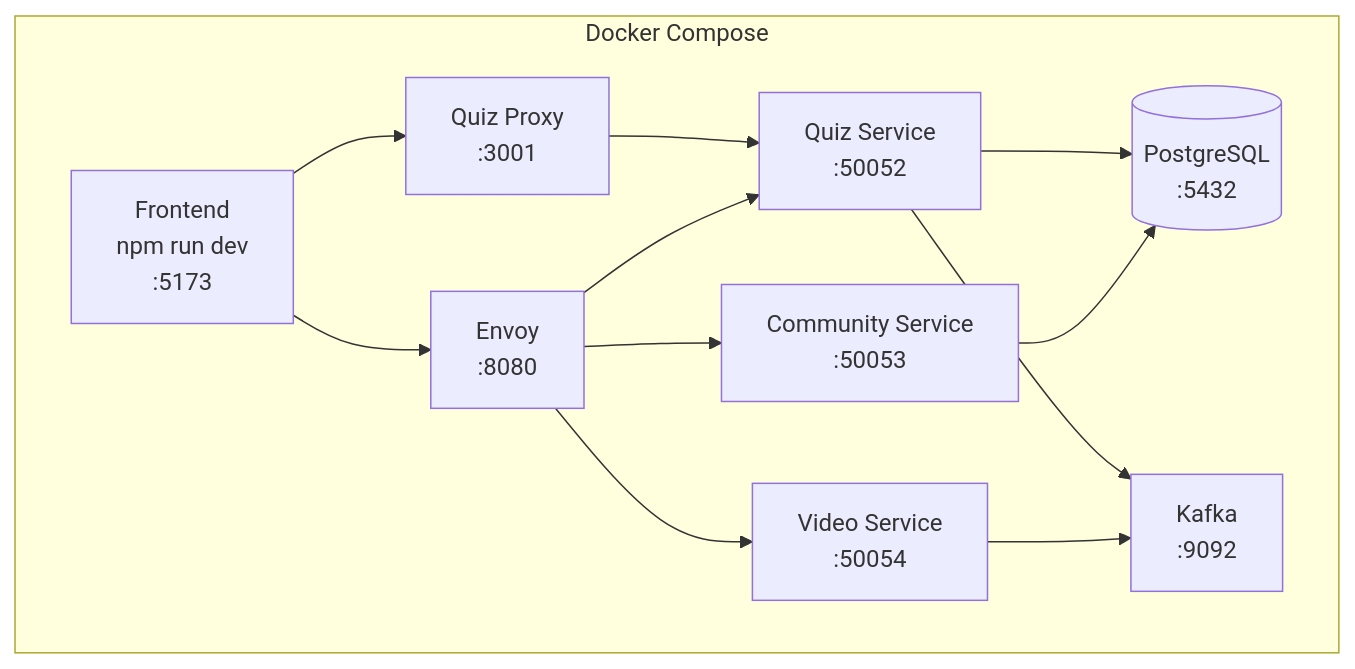
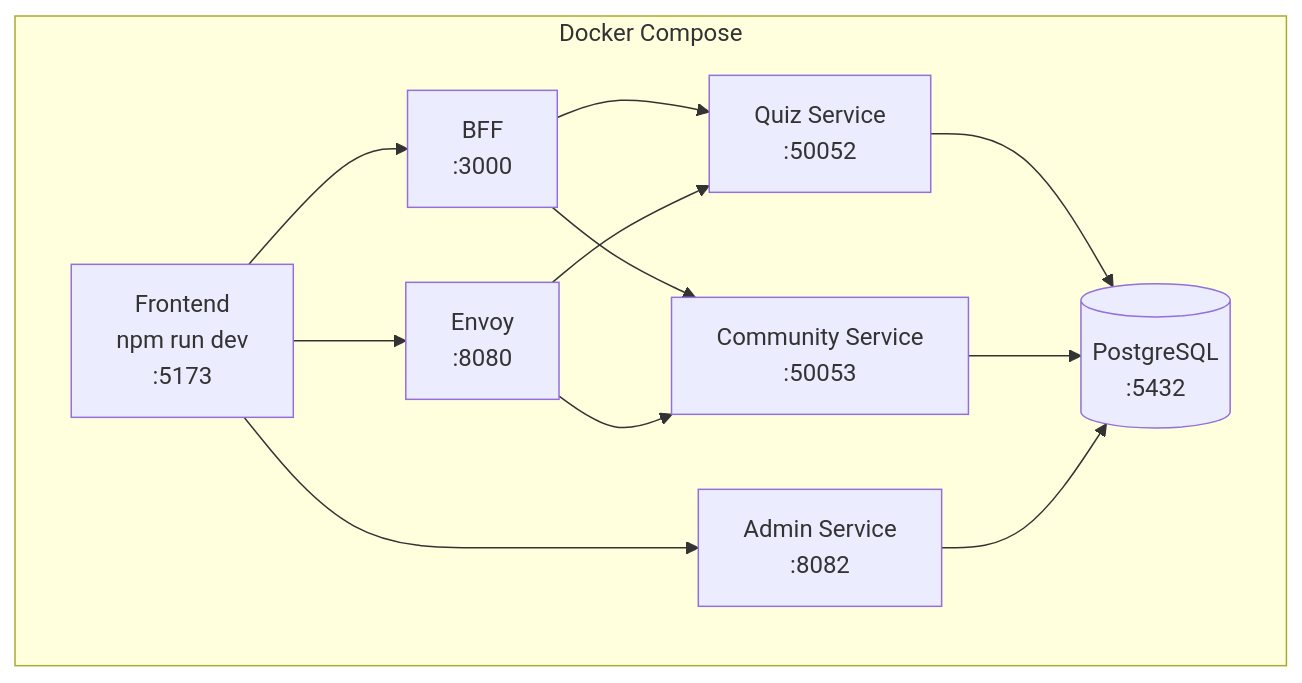
The ninth of 9 diagrams in ARCHITECTURE.md (vanillaturtlechips/pawfiler4), drawn with Mermaid before and after one commit. The commit also changed other lines of this file and 6 other files, not shown here.

````diff
--- a/ARCHITECTURE.md
+++ b/ARCHITECTURE.md
@@ -367,24 +368,23 @@
 ```mermaid
 graph TB
     subgraph "Docker Compose"
         Frontend[Frontend<br/>npm run dev<br/>:5173]
-        QuizProxy[Quiz Proxy<br/>:3001]
+        BFF[BFF<br/>:3000]
         Envoy[Envoy<br/>:8080]
         Quiz[Quiz Service<br/>:50052]
         Community[Community Service<br/>:50053]
-        Video[Video Service<br/>:50054]
+        Admin[Admin Service<br/>:8082]
         Postgres[(PostgreSQL<br/>:5432)]
-        Kafka[Kafka<br/>:9092]
     end
     
-    Frontend --> QuizProxy
+    Frontend --> BFF
     Frontend --> Envoy
-    QuizProxy --> Quiz
+    Frontend --> Admin
+    BFF --> Quiz
+    BFF --> Community
     Envoy --> Quiz
     Envoy --> Community
-    Envoy --> Video
     Quiz --> Postgres
     Community --> Postgres
-    Quiz --> Kafka
-    Video --> Kafka
+    Admin --> Postgres
 ```
````
